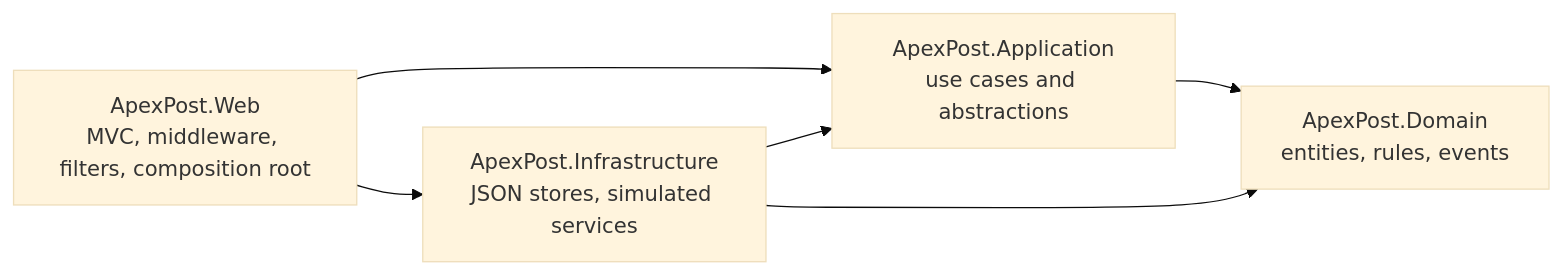
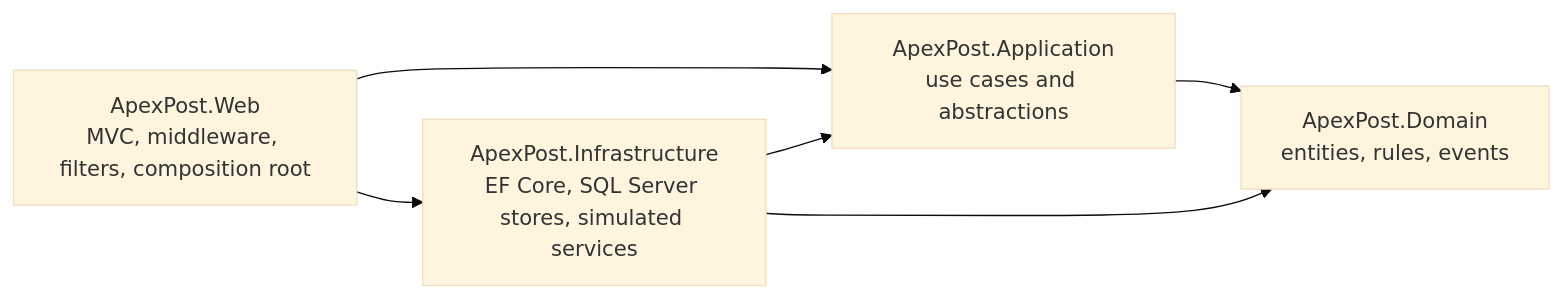
The first of 5 diagrams in DESIGN.md (SP-Tiwari/ApexPost-Counter-Platform), drawn with Mermaid (base theme) before and after one commit. The commit also changed other lines of this file and 44 other files, not shown here.

First line of the commit message:
feat: cut the application over to SQL Server

````diff
--- a/DESIGN.md
+++ b/DESIGN.md
@@ -16,12 +16,12 @@
 ```mermaid
 flowchart LR
     Web["ApexPost.Web<br/>MVC, middleware, filters, composition root"]
     App["ApexPost.Application<br/>use cases and abstractions"]
-    Infra["ApexPost.Infrastructure<br/>JSON stores, simulated services"]
+    Infra["ApexPost.Infrastructure<br/>EF Core, SQL Server stores, simulated services"]
     Domain["ApexPost.Domain<br/>entities, rules, events"]
     Web --> App
     Web --> Infra
     Infra --> App
     Infra --> Domain
     App --> Domain
 ```
````
